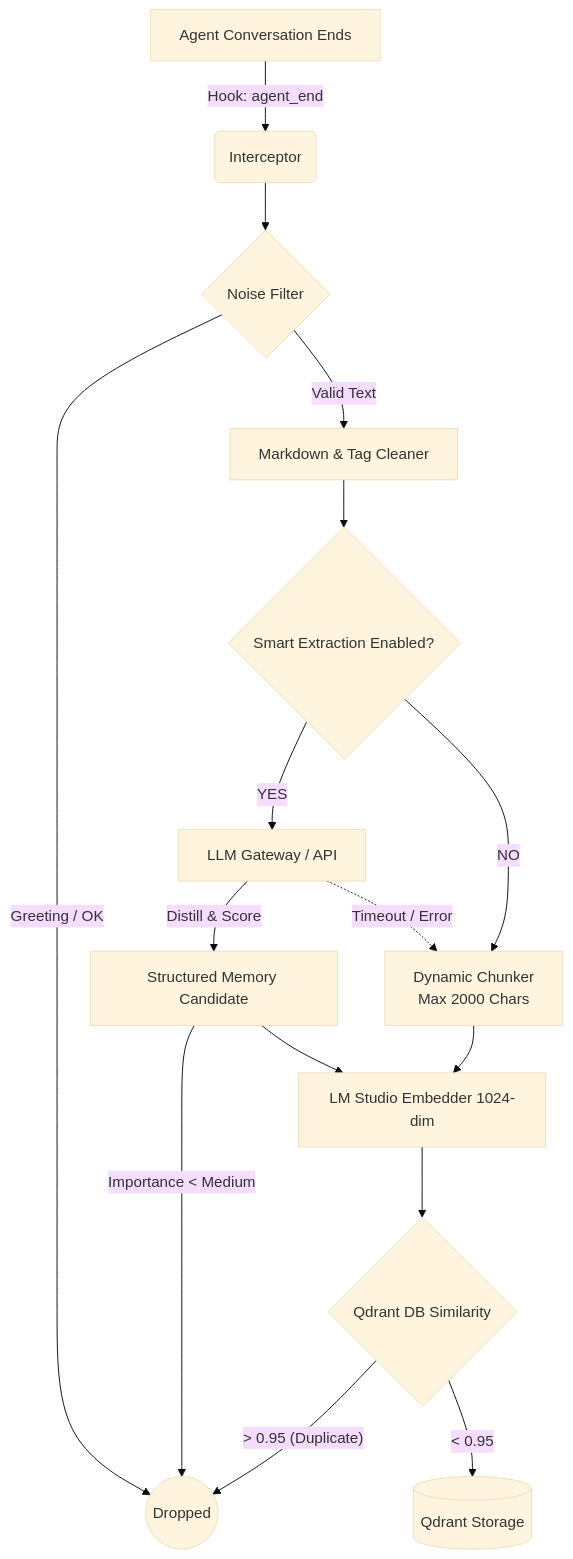
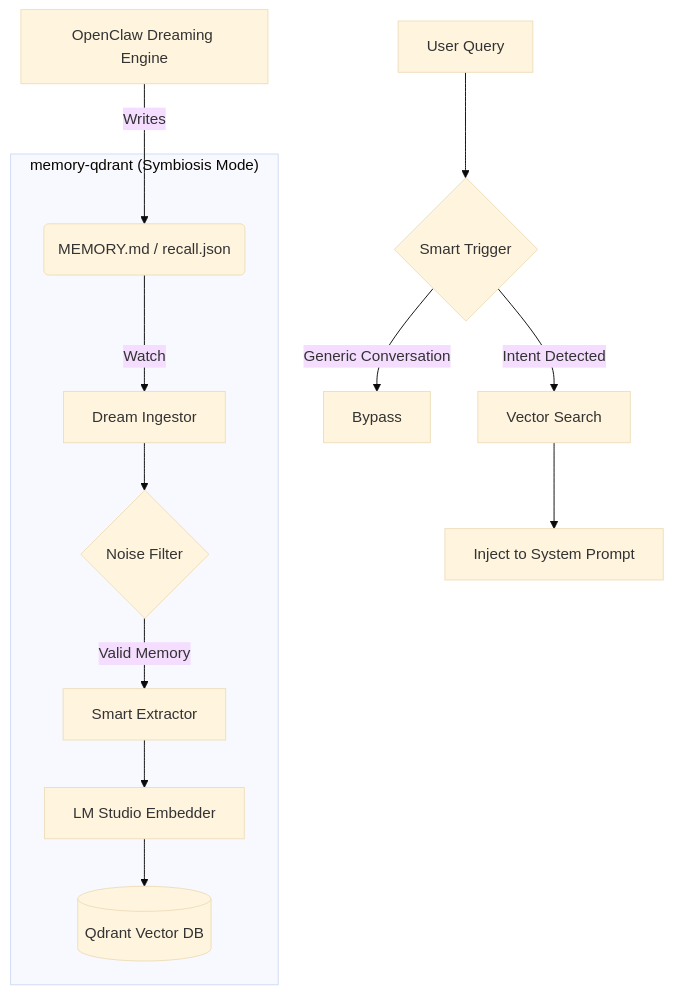
One commit to Vessile822/openclaw-memory-qdrant-snow changed the diagram in README_EN.md. Above: the diagram before and after it, drawn with Mermaid (base theme). The commit also changed other lines of this file and 6 other files, not shown here.

Commit message:
feat: 更新結合新夢境功能，implement dream-ingestor to automatically process and curate memory fragments into Qdrant index.

````diff
--- a/README_EN.md
+++ b/README_EN.md
@@ -42,24 +42,17 @@
 ```mermaid
 graph TD
-    A[Agent Conversation Ends] -->|Hook: agent_end| B(Interceptor)
+    A[OpenClaw Dreaming Engine] -->|Writes| B(MEMORY.md / recall.json)
     
-    B --> C{Noise Filter}
-    C -- "Greeting / OK" --> X((Dropped))
-    C -- "Valid Text" --> D[Markdown & Tag Cleaner]
+    subgraph "memory-qdrant (Symbiosis Mode)"
+    B -->|Watch| C[Dream Ingestor]
+    C --> D{Noise Filter}
+    D -- "Valid Memory" --> E[Smart Extractor]
+    E --> F[LM Studio Embedder]
+    F --> G[(Qdrant Vector DB)]
+    end
     
-    D --> E{Smart Extraction Enabled?}
-    
-    E -- YES --> F[LLM Gateway / API]
-    F -- "Distill & Score" --> G[Structured Memory Candidate]
-    F -. "Timeout / Error" .-> H
-    G -- "Importance < Medium" --> X
-    
-    E -- NO --> H[Dynamic Chunker <br> Max 2000 Chars]
-    
-    G --> I[LM Studio Embedder 1024-dim]
-    H --> I
-    
-    I --> J{Qdrant DB Similarity}
-    J -- "> 0.95 (Duplicate)" --> X
-    J -- "< 0.95" --> K[(Qdrant Storage)]
+    H[User Query] --> I{Smart Trigger}
+    I -- "Intent Detected" --> J[Vector Search]
+    J --> K[Inject to System Prompt]
+    I -- "Generic Conversation" --> L[Bypass]
 ```
````
